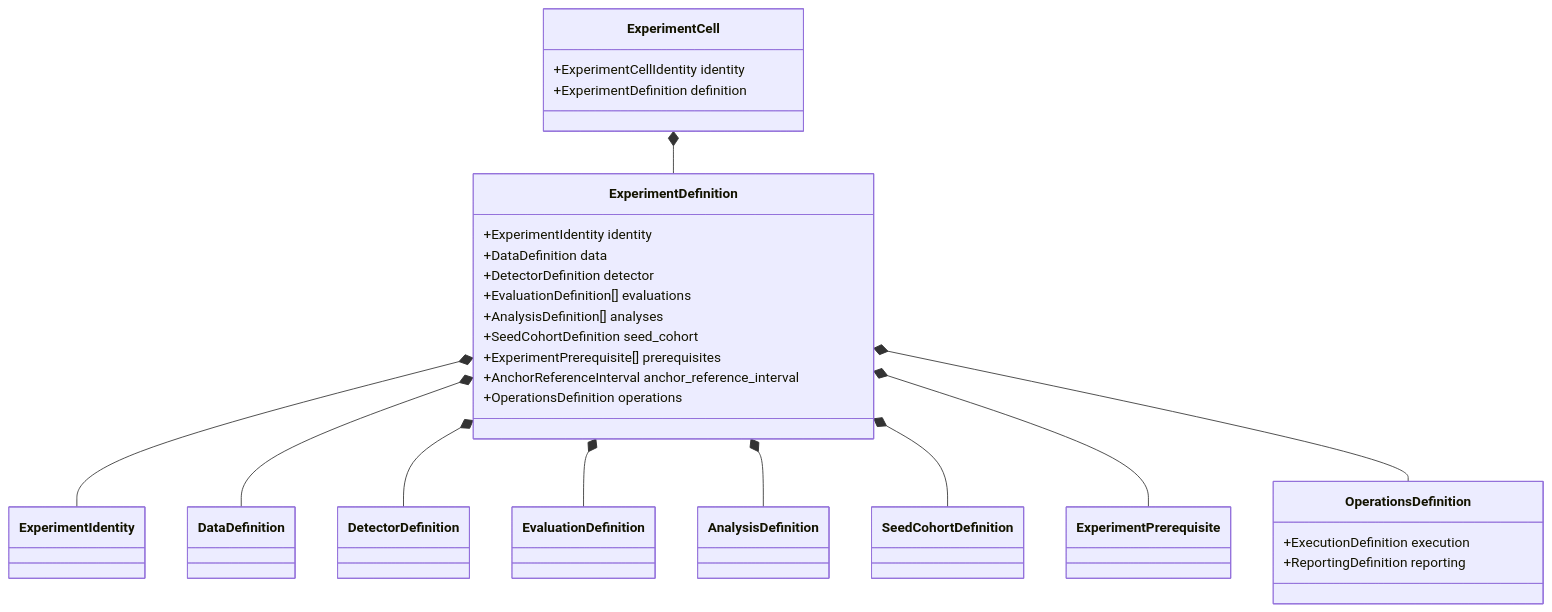
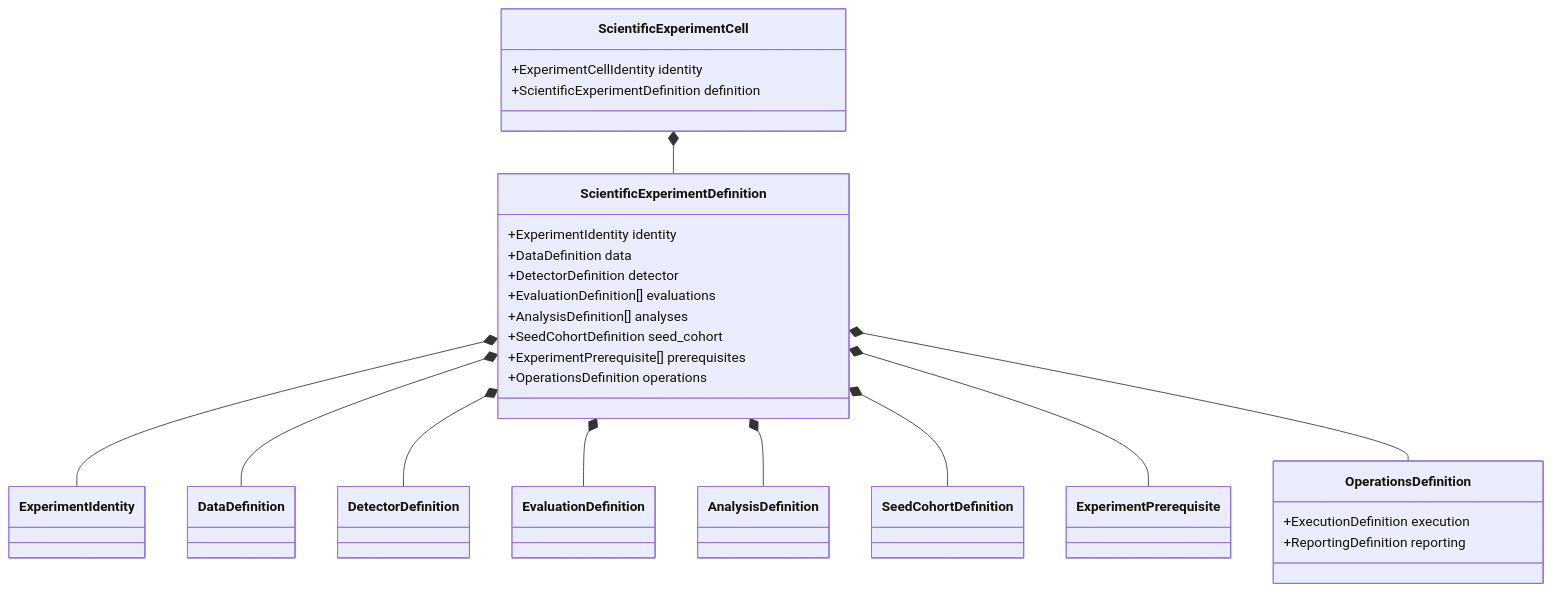
The second of 2 diagrams in docs/Architecture/DOMAIN_AND_APPLICATION_ARCHITECTURE.md (naslouby-salahe/datp-core), drawn with Mermaid before and after one commit. The commit also changed other lines of this file and 5 other files, not shown here.

````diff
--- a/docs/Architecture/DOMAIN_AND_APPLICATION_ARCHITECTURE.md
+++ b/docs/Architecture/DOMAIN_AND_APPLICATION_ARCHITECTURE.md
@@ -760,38 +771,37 @@
 ```mermaid
 classDiagram
-    class ExperimentCell {
+    class ScientificExperimentCell {
       +ExperimentCellIdentity identity
-      +ExperimentDefinition definition
+      +ScientificExperimentDefinition definition
     }
-    class ExperimentDefinition {
+    class ScientificExperimentDefinition {
       +ExperimentIdentity identity
       +DataDefinition data
       +DetectorDefinition detector
       +EvaluationDefinition[] evaluations
       +AnalysisDefinition[] analyses
       +SeedCohortDefinition seed_cohort
       +ExperimentPrerequisite[] prerequisites
-      +AnchorReferenceInterval anchor_reference_interval
       +OperationsDefinition operations
     }
     class DataDefinition
     class DetectorDefinition
     class EvaluationDefinition
     class AnalysisDefinition
     class SeedCohortDefinition
     class ExperimentPrerequisite
     class OperationsDefinition {
       +ExecutionDefinition execution
       +ReportingDefinition reporting
     }
     class ExperimentIdentity
-    ExperimentCell *-- ExperimentDefinition
-    ExperimentDefinition *-- ExperimentIdentity
-    ExperimentDefinition *-- DataDefinition
-    ExperimentDefinition *-- DetectorDefinition
-    ExperimentDefinition *-- EvaluationDefinition
-    ExperimentDefinition *-- AnalysisDefinition
-    ExperimentDefinition *-- SeedCohortDefinition
-    ExperimentDefinition *-- ExperimentPrerequisite
-    ExperimentDefinition *-- OperationsDefinition
+    ScientificExperimentCell *-- ScientificExperimentDefinition
+    ScientificExperimentDefinition *-- ExperimentIdentity
+    ScientificExperimentDefinition *-- DataDefinition
+    ScientificExperimentDefinition *-- DetectorDefinition
+    ScientificExperimentDefinition *-- EvaluationDefinition
+    ScientificExperimentDefinition *-- AnalysisDefinition
+    ScientificExperimentDefinition *-- SeedCohortDefinition
+    ScientificExperimentDefinition *-- ExperimentPrerequisite
+    ScientificExperimentDefinition *-- OperationsDefinition
 ```
````
